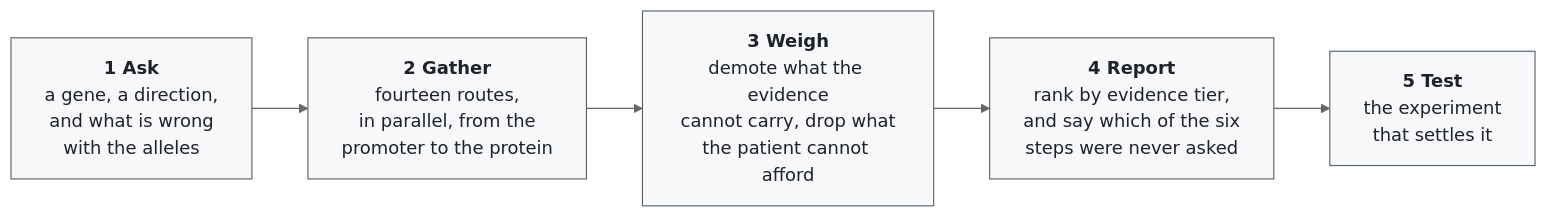
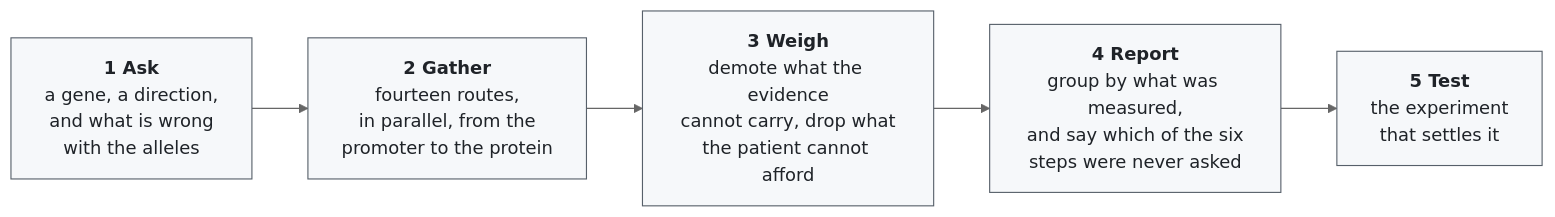
Before and after one commit to kjmartin44/Martins: the diagram in README.md, drawn with Mermaid (neutral theme). The commit also changed other lines of this file and 16 other files, not shown here.

````diff
--- a/README.md
+++ b/README.md
@@ -19,11 +19,11 @@
 ```mermaid
 flowchart LR
     A["<b>1 Ask</b><br/>a gene, a direction,<br/>and what is wrong<br/>with the alleles"]
     B["<b>2 Gather</b><br/>fourteen routes,<br/>in parallel, from the<br/>promoter to the protein"]
     C["<b>3 Weigh</b><br/>demote what the evidence<br/>cannot carry, drop what<br/>the patient cannot afford"]
-    D["<b>4 Report</b><br/>rank by evidence tier,<br/>and say which of the six<br/>steps were never asked"]
+    D["<b>4 Report</b><br/>group by what was measured,<br/>and say which of the six<br/>steps were never asked"]
     E["<b>5 Test</b><br/>the experiment<br/>that settles it"]
     A --> B --> C --> D --> E
     classDef step fill:#f6f8fa,stroke:#57606a,color:#1f2328
     class A,B,C,D,E step
 ```
````
